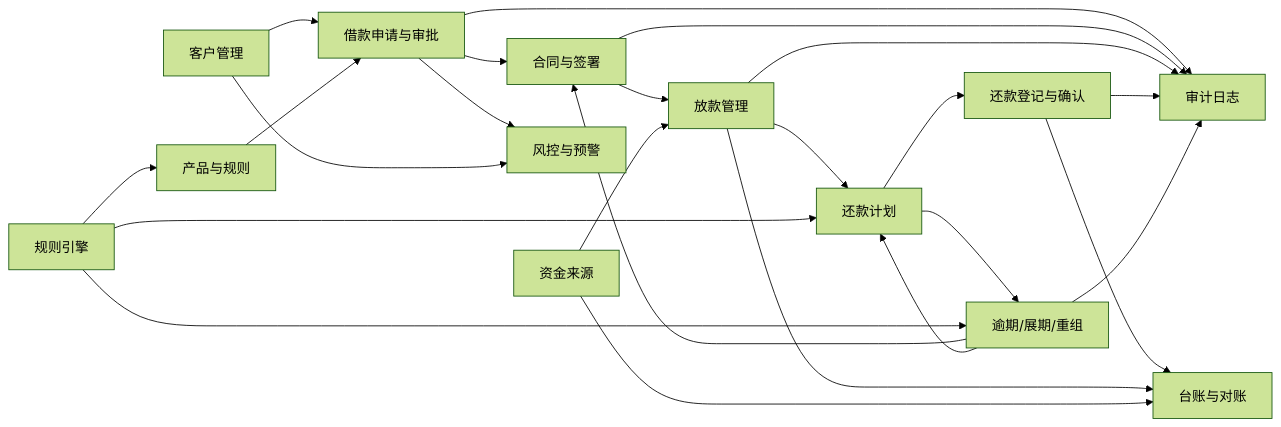
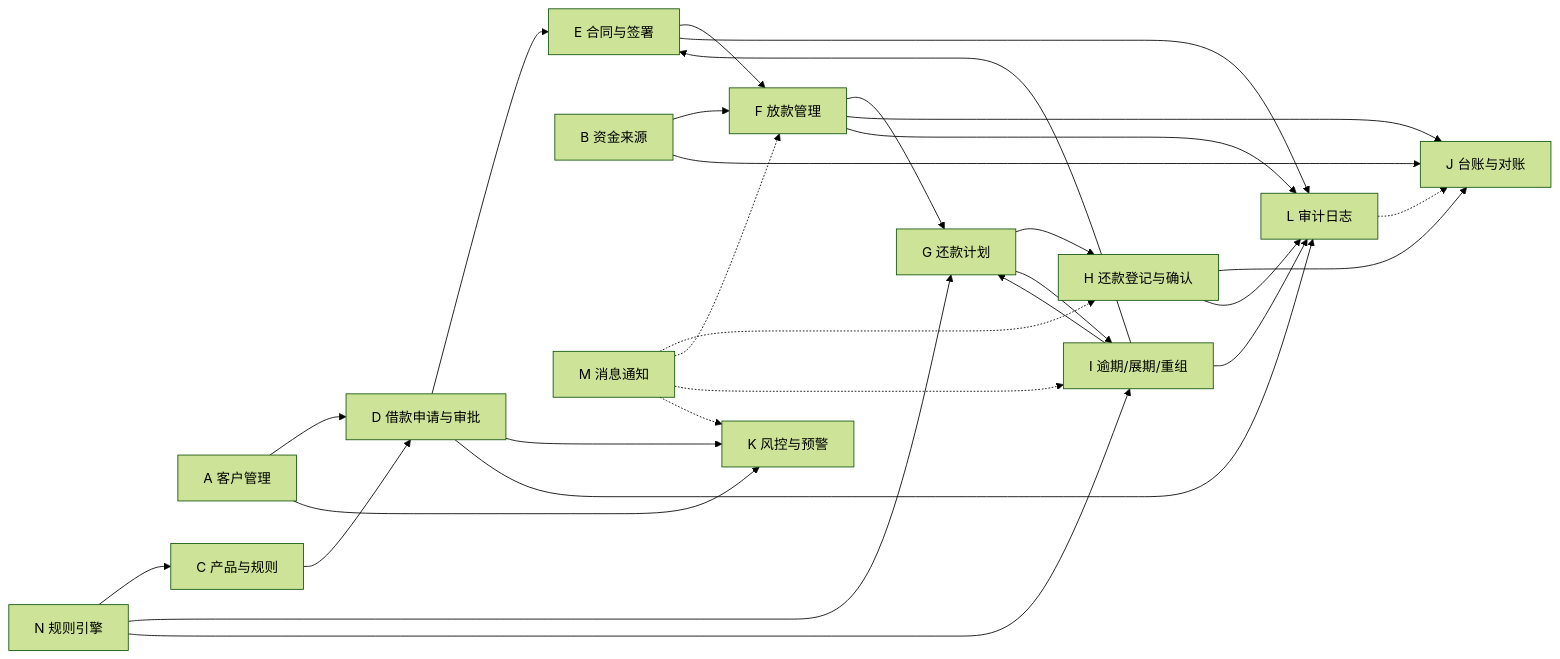
One commit to johngreece/JIEDAI changed the second of 3 diagrams in docs/01-system-module-diagram.md. Above: the diagram before and after it, drawn with Mermaid (forest theme). The commit also changed other lines of this file and 4 other files, not shown here.

Commit message:
docs: v2.0 rewrite - system modules, ER design (32 tables), flow diagrams, menu structure; prisma schema enhanced with new models and fields

````diff
--- a/docs/01-system-module-diagram.md
+++ b/docs/01-system-module-diagram.md
@@ -62,20 +118,22 @@
 ```mermaid
 flowchart LR
-    A[客户管理] --> D[借款申请与审批]
-    C[产品与规则] --> D
-    D --> E[合同与签署]
-    E --> F[放款管理]
-    B[资金来源] --> F
-    F --> G[还款计划]
-    G --> H[还款登记与确认]
-    H --> J[台账与对账]
+    A["A 客户管理"] --> D["D 借款申请与审批"]
+    C["C 产品与规则"] --> D
+    D --> E["E 合同与签署"]
+    E --> F["F 放款管理"]
+    B["B 资金来源"] --> F
+    F --> G["G 还款计划"]
+    G --> H["H 还款登记与确认"]
+    H --> J["J 台账与对账"]
     F --> J
     B --> J
-    D --> K[风控与预警]
+    D --> K["K 风控与预警"]
     A --> K
-    G --> I[逾期/展期/重组]
+    G --> I["I 逾期/展期/重组"]
     I --> E
     I --> G
-    D & E & F & H & I --> L[审计日志]
-    N[规则引擎] --> C & G & I
+    D & E & F & H & I --> L["L 审计日志"]
+    N["N 规则引擎"] --> C & G & I
+    M["M 消息通知"] -.-> H & F & I & K
+    L -.-> J
 ```
````
